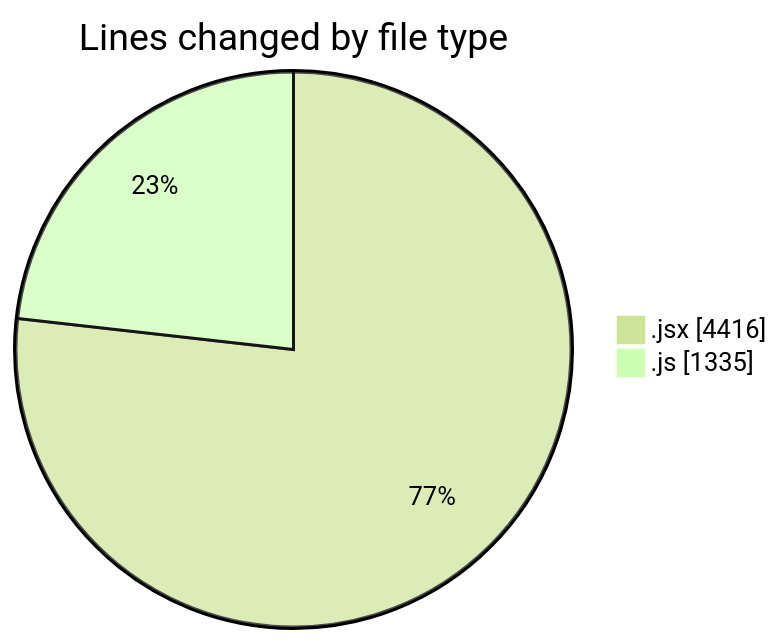
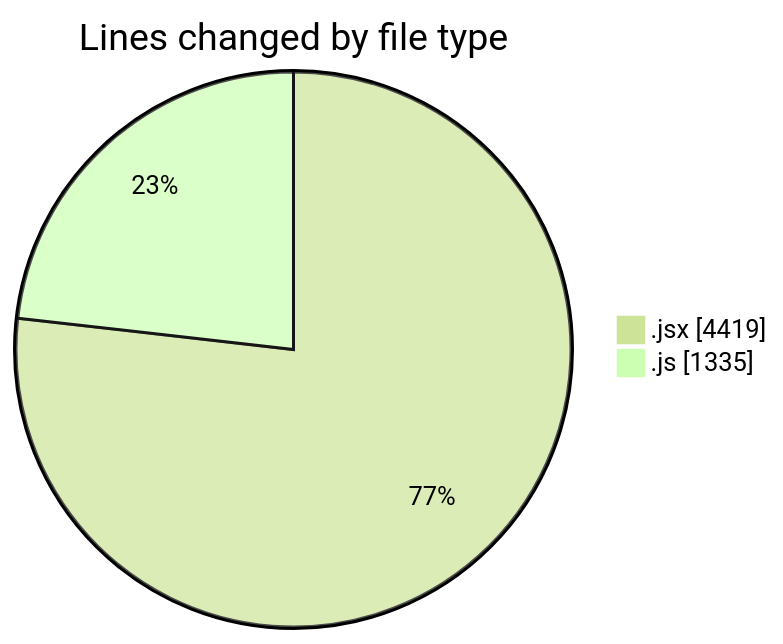
One commit to nxtqubesakshisongat/code-tracking changed the first of 2 diagrams in 2025-08-03/nxtqube_webapp/README.md. Above: the diagram before and after it, drawn with Mermaid (forest theme). The commit also changed other lines of this file and 1 other file, not shown here.

````diff
--- a/2025-08-03/nxtqube_webapp/README.md
+++ b/2025-08-03/nxtqube_webapp/README.md
@@ -31,6 +31,6 @@
 ```mermaid
 pie showData
 title Lines changed by file type
-".jsx" : 4416
+".jsx" : 4419
 ".js" : 1335
 ```
````
